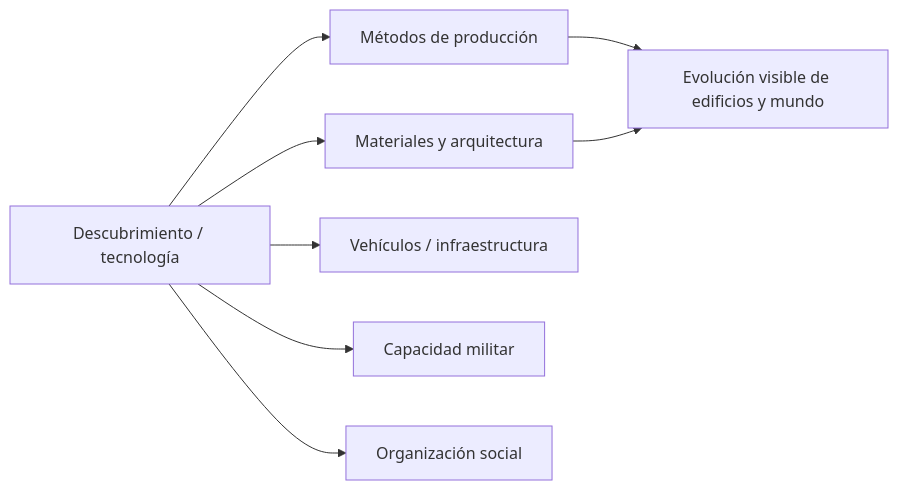
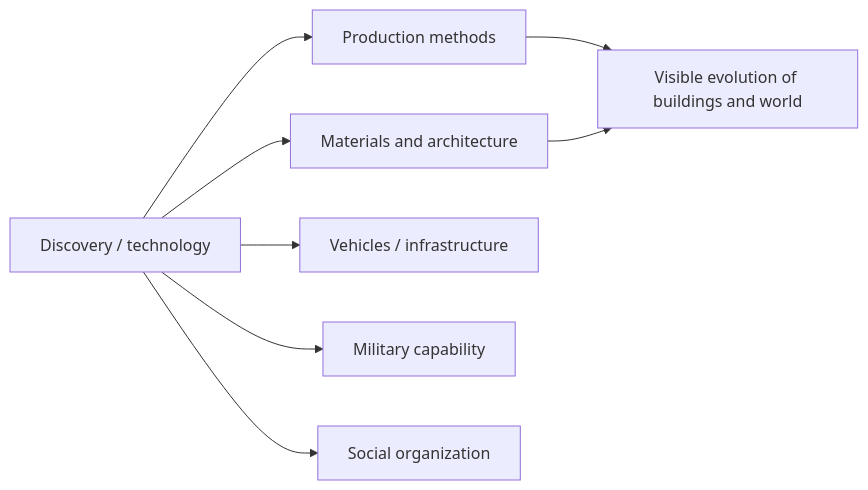
The third of 4 diagrams in SYSTEM_ARCHITECTURE_MAP.md (guidoalloatti/civilizations-evolution-doc), drawn with Mermaid before and after one commit. The commit also changed other lines of this file and 47 other files, not shown here.

````diff
--- a/SYSTEM_ARCHITECTURE_MAP.md
+++ b/SYSTEM_ARCHITECTURE_MAP.md
@@ -141,10 +141,10 @@
 ```mermaid
 flowchart LR
-    TEC["Descubrimiento / tecnología"] --> PRODC["Métodos de producción"]
-    TEC --> CONC["Materiales y arquitectura"]
-    TEC --> LOGC["Vehículos / infraestructura"]
-    TEC --> MILC["Capacidad militar"]
-    TEC --> SOCC["Organización social"]
-    PRODC --> VIS["Evolución visible de edificios y mundo"]
+    TEC["Discovery / technology"] --> PRODC["Production methods"]
+    TEC --> CONC["Materials and architecture"]
+    TEC --> LOGC["Vehicles / infrastructure"]
+    TEC --> MILC["Military capability"]
+    TEC --> SOCC["Social organization"]
+    PRODC --> VIS["Visible evolution of buildings and world"]
     CONC --> VIS
 ```
````
